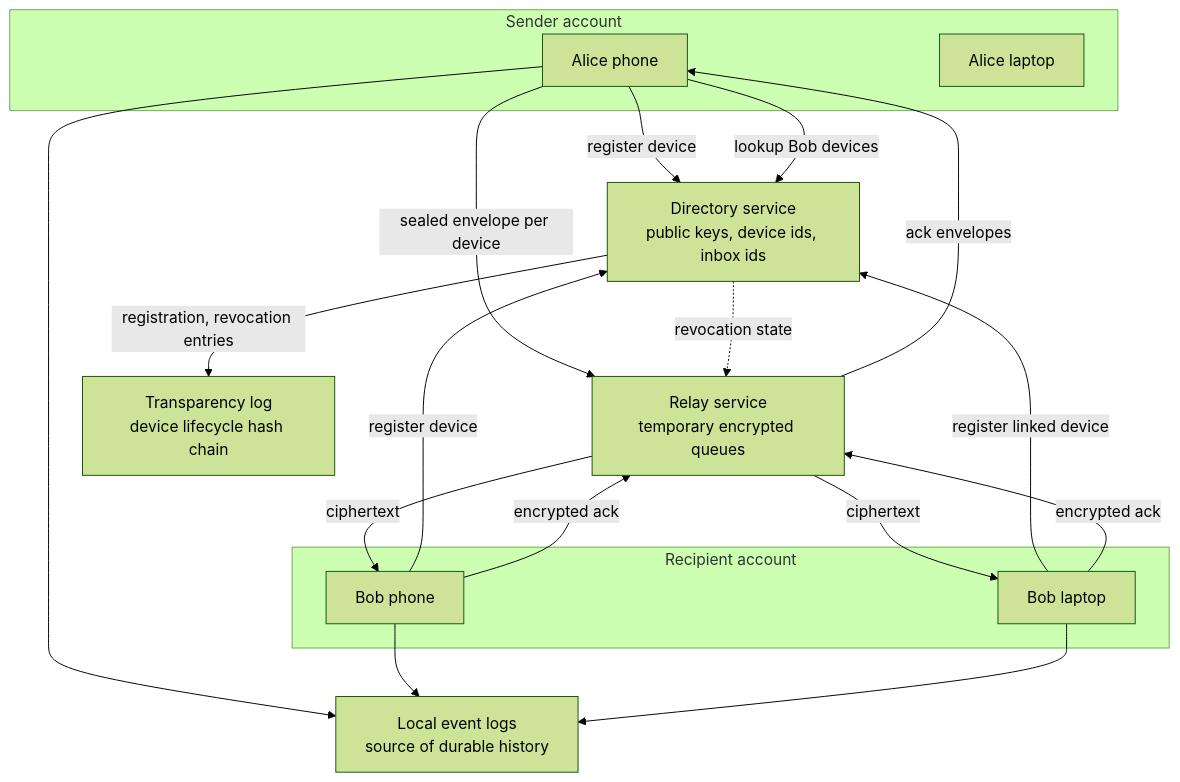
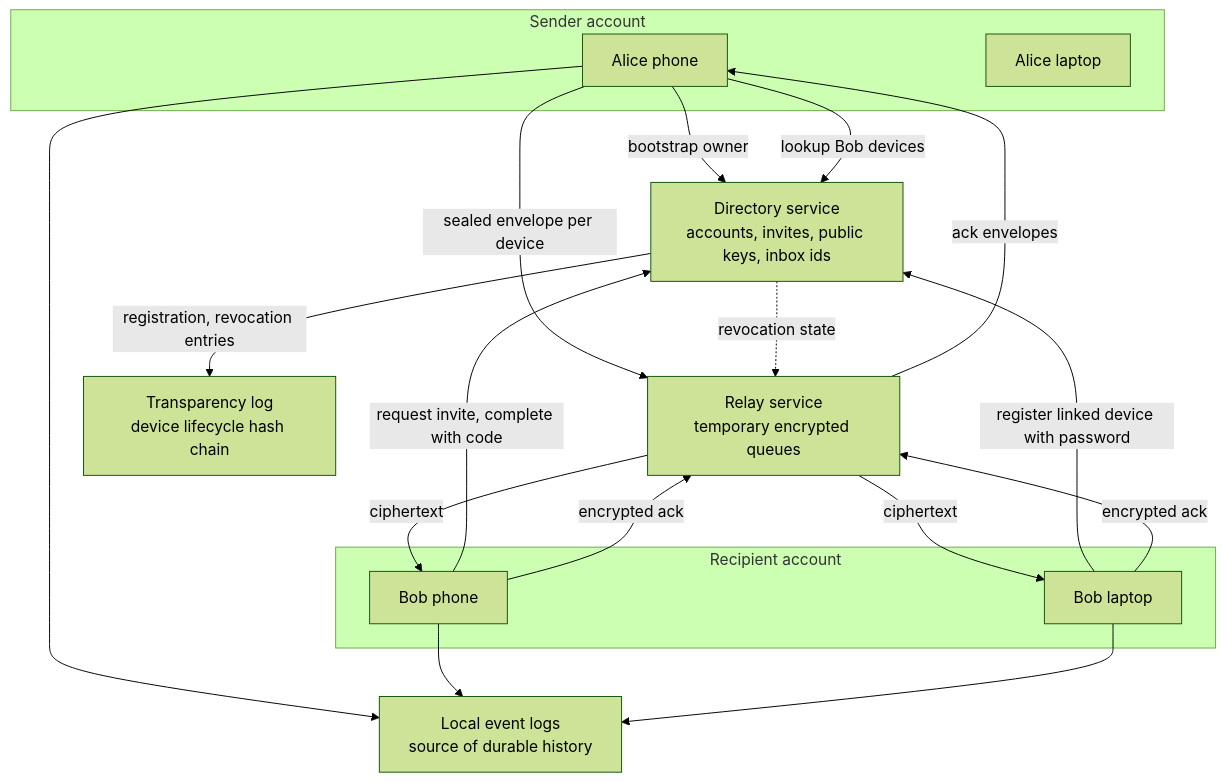
One commit to vaka47/resilient-messenger-protocol changed the diagram in docs/architecture.md. Above: the diagram before and after it, drawn with Mermaid (forest theme). The commit also changed other lines of this file and 22 other files, not shown here.

````diff
--- a/docs/architecture.md
+++ b/docs/architecture.md
@@ -9,35 +9,35 @@
 ```mermaid
 flowchart TB
   subgraph ClientA["Sender account"]
     A1["Alice phone"]
     A2["Alice laptop"]
   end
 
   subgraph ClientB["Recipient account"]
     B1["Bob phone"]
     B2["Bob laptop"]
   end
 
-  Directory["Directory service\npublic keys, device ids, inbox ids"]
+  Directory["Directory service\naccounts, invites, public keys, inbox ids"]
   Relay["Relay service\ntemporary encrypted queues"]
   Transparency["Transparency log\ndevice lifecycle hash chain"]
   LocalLogs["Local event logs\nsource of durable history"]
 
-  A1 -->|"register device"| Directory
-  B1 -->|"register device"| Directory
-  B2 -->|"register linked device"| Directory
+  A1 -->|"bootstrap owner"| Directory
+  B1 -->|"request invite, complete with code"| Directory
+  B2 -->|"register linked device with password"| Directory
 
   A1 -->|"lookup Bob devices"| Directory
   A1 -->|"sealed envelope per device"| Relay
   Relay -->|"ciphertext"| B1
   Relay -->|"ciphertext"| B2
   B1 -->|"encrypted ack"| Relay
   B2 -->|"encrypted ack"| Relay
   Relay -->|"ack envelopes"| A1
   Directory -. "revocation state" .-> Relay
   Directory -->|"registration, revocation entries"| Transparency
 
   A1 --> LocalLogs
   B1 --> LocalLogs
   B2 --> LocalLogs
 ```
````
